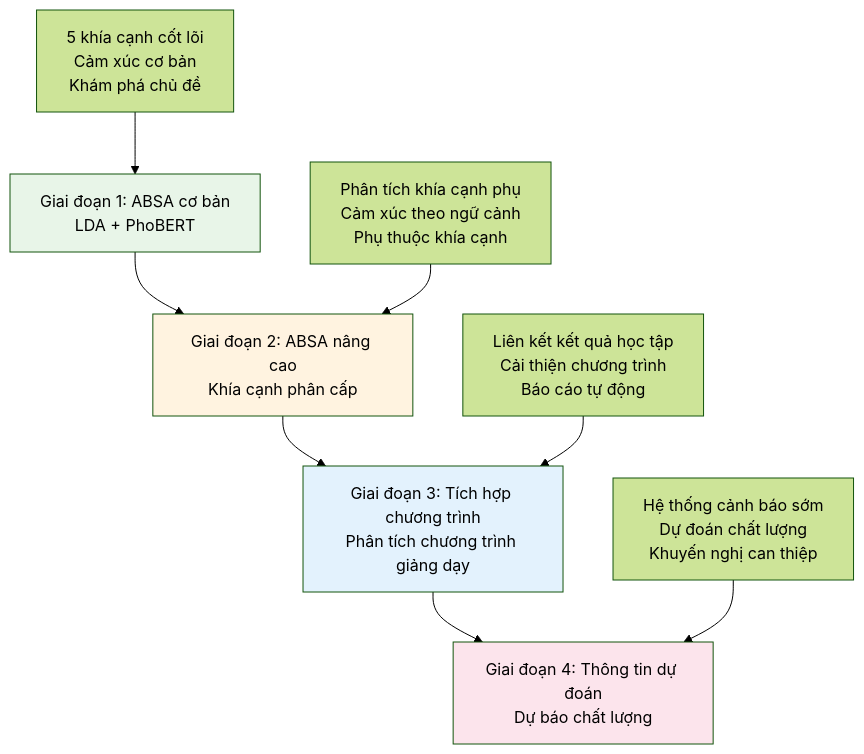
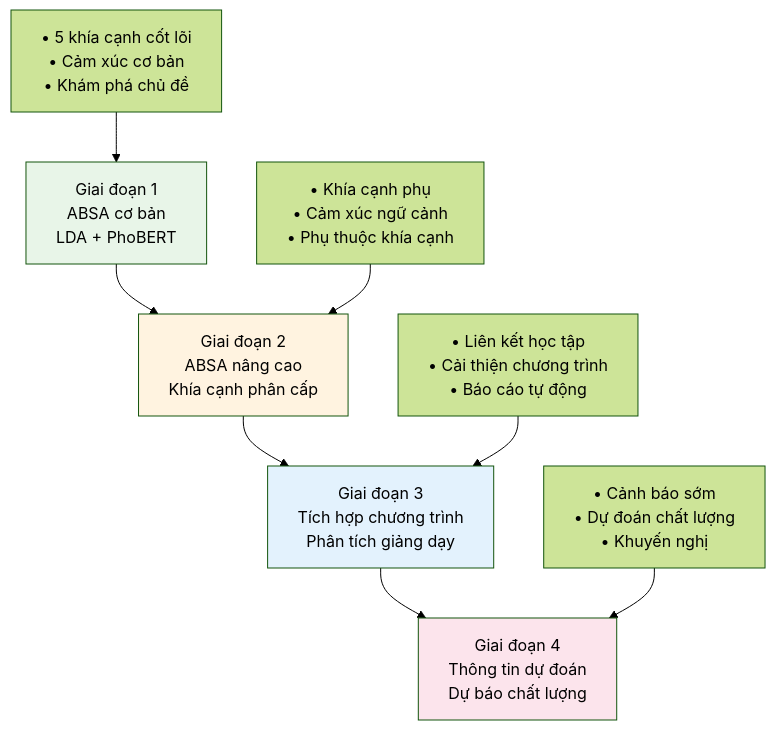
Before and after one commit to UIT-June-2025-Nhom-8/Project_AI_Thinking: the ninth of 10 diagrams in docs/Phan_Tich_Tong_Quat/PhanTichBaiToan_AIThinking_ChuanHoa.MD, drawn with Mermaid (forest theme). The commit also changed other lines of this file and 1 other file, not shown here.

Commit message:
update chart

````diff
--- a/docs/Phan_Tich_Tong_Quat/PhanTichBaiToan_AIThinking_ChuanHoa.MD
+++ b/docs/Phan_Tich_Tong_Quat/PhanTichBaiToan_AIThinking_ChuanHoa.MD
@@ -367,16 +444,21 @@
 ```mermaid
 flowchart TD
-    A[Giai đoạn 1: ABSA cơ bản<br/>LDA + PhoBERT] --> B[Giai đoạn 2: ABSA nâng cao<br/>Khía cạnh phân cấp]
-    B --> C[Giai đoạn 3: Tích hợp chương trình<br/>Phân tích chương trình giảng dạy] 
-    C --> D[Giai đoạn 4: Thông tin dự đoán<br/>Dự báo chất lượng]
+    A[Giai đoạn 1<br/>ABSA cơ bản<br/>LDA + PhoBERT] --> B[Giai đoạn 2<br/>ABSA nâng cao<br/>Khía cạnh phân cấp]
     
-    A1[5 khía cạnh cốt lõi<br/>Cảm xúc cơ bản<br/>Khám phá chủ đề] --> A
-    B1[Phân tích khía cạnh phụ<br/>Cảm xúc theo ngữ cảnh<br/>Phụ thuộc khía cạnh] --> B
-    C1[Liên kết kết quả học tập<br/>Cải thiện chương trình<br/>Báo cáo tự động] --> C
-    D1[Hệ thống cảnh báo sớm<br/>Dự đoán chất lượng<br/>Khuyến nghị can thiệp] --> D
+    B --> C[Giai đoạn 3<br/>Tích hợp chương trình<br/>Phân tích giảng dạy] 
+    
+    C --> D[Giai đoạn 4<br/>Thông tin dự đoán<br/>Dự báo chất lượng]
+    
+    A1[• 5 khía cạnh cốt lõi<br/>• Cảm xúc cơ bản<br/>• Khám phá chủ đề] --> A
+    
+    B1[• Khía cạnh phụ<br/>• Cảm xúc ngữ cảnh<br/>• Phụ thuộc khía cạnh] --> B
+    
+    C1[• Liên kết học tập<br/>• Cải thiện chương trình<br/>• Báo cáo tự động] --> C
+    
+    D1[• Cảnh báo sớm<br/>• Dự đoán chất lượng<br/>• Khuyến nghị] --> D
     
     style A fill:#e8f5e8
     style B fill:#fff3e0
     style C fill:#e3f2fd
     style D fill:#fce4ec
 ```
````
